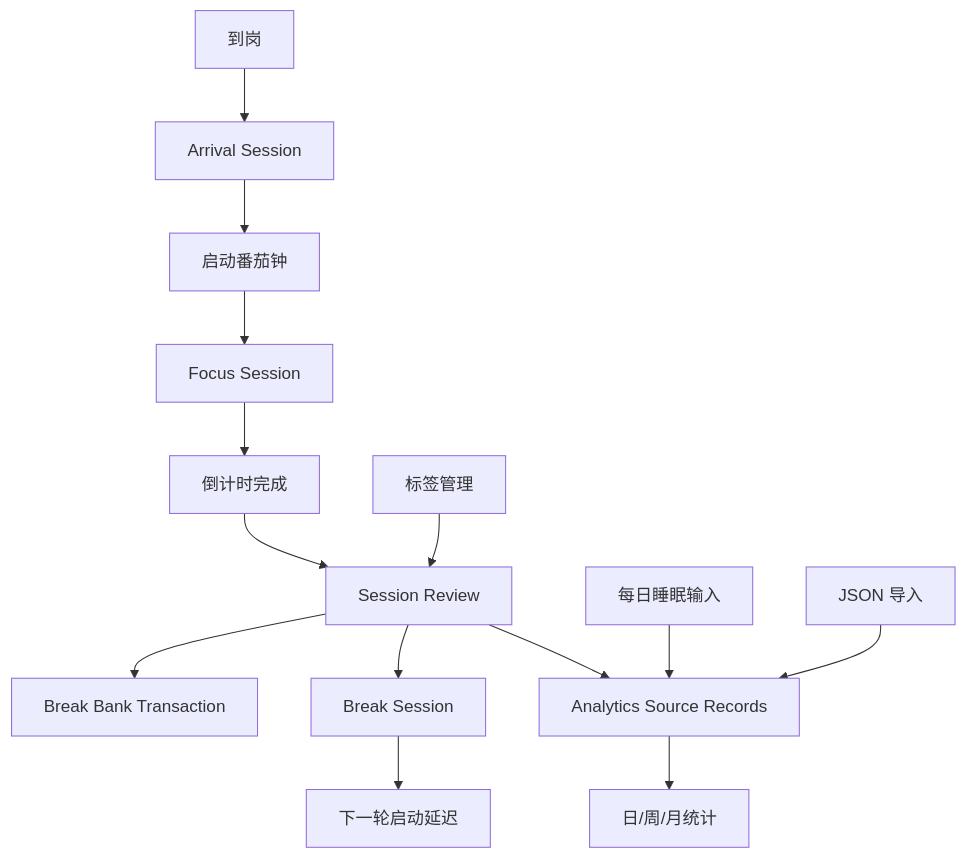
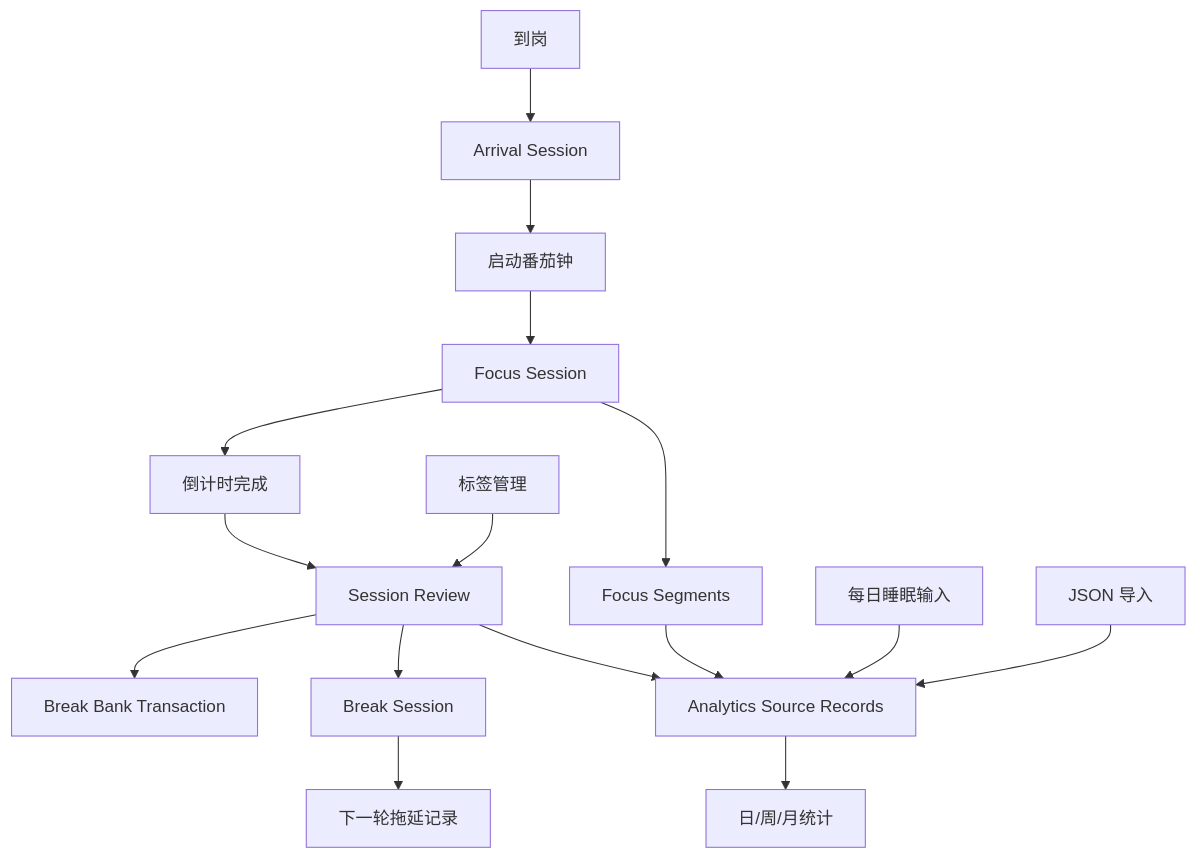
The diagram in docs/module-map.md (lapse-code/status-record), drawn with Mermaid before and after one commit. The commit also changed other lines of this file and 21 other files, not shown here.

````diff
--- a/docs/module-map.md
+++ b/docs/module-map.md
@@ -69,16 +70,18 @@
 ```mermaid
 flowchart TD
   A["到岗"] --> B["Arrival Session"]
   B --> C["启动番茄钟"]
   C --> D["Focus Session"]
   D --> E["倒计时完成"]
+  D --> S["Focus Segments"]
+  S --> H
   E --> F["Session Review"]
   F --> G["Break Bank Transaction"]
   F --> L["Break Session"]
-  L --> M["下一轮启动延迟"]
+  L --> M["下一轮拖延记录"]
   F --> H["Analytics Source Records"]
   I["每日睡眠输入"] --> H
   J["标签管理"] --> F
   N["JSON 导入"] --> H
   H --> K["日/周/月统计"]
 ```
````
